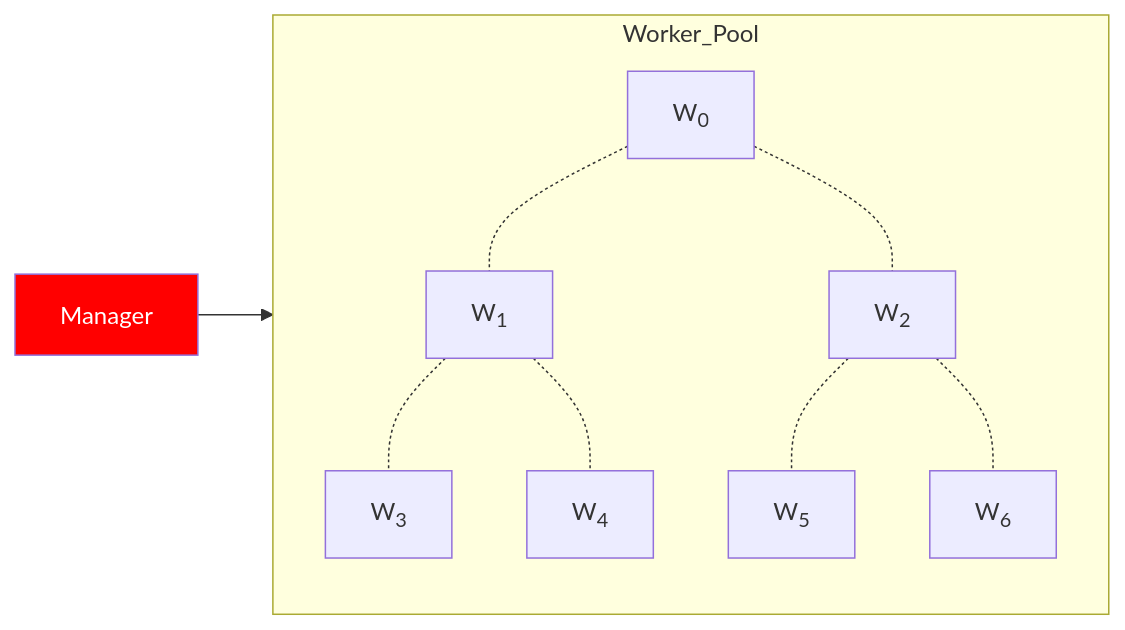
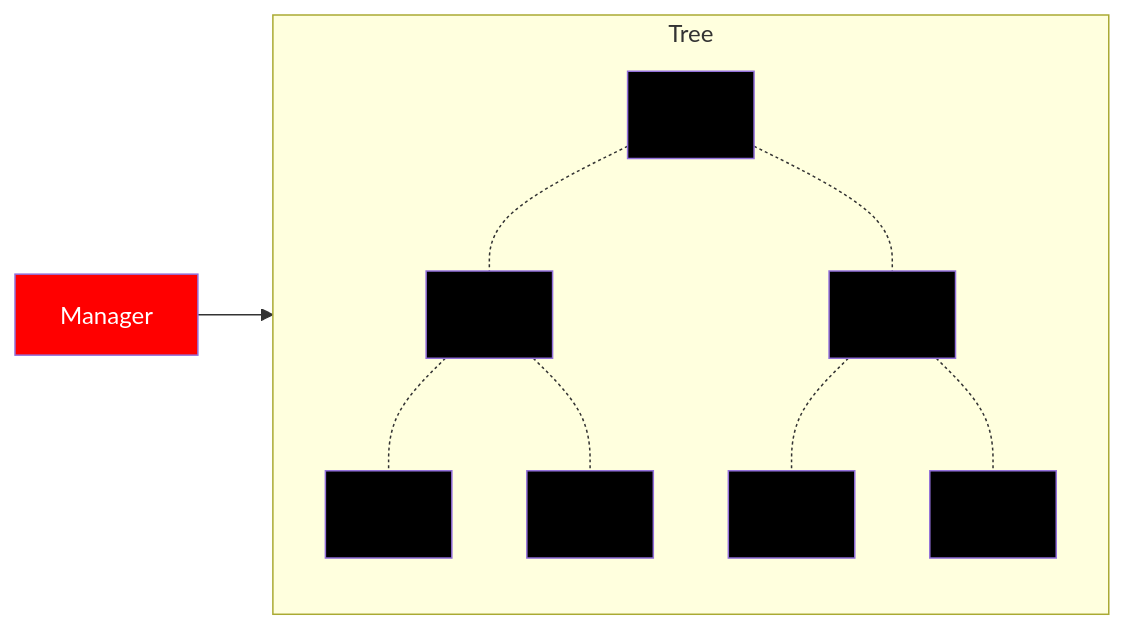
Before and after one commit to duclos-cavalcanti/TreeBuilder: the fourth of 4 diagrams in docs/slidev/slides/Workflow-0.0.md, drawn with Mermaid. The commit also changed other lines of this file and 11 other files, not shown here.

````diff
--- a/docs/slidev/slides/Workflow-0.0.md
+++ b/docs/slidev/slides/Workflow-0.0.md
@@ -137,26 +121,33 @@
 ```mermaid
 graph LR 
     M[<font color=white>Manager]
     style M fill:#FF0000
-    subgraph Worker_Pool
+    subgraph Tree
         direction TB
-        W0["W<sub>0</sub>"] 
-        W1["W<sub>1</sub>"]
-        W2["W<sub>2</sub>"]
-        W3["W<sub>3</sub>"]
-        W4["W<sub>4</sub>"]
-        W5["W<sub>5</sub>"]
-        W6["W<sub>6</sub>"]
+        W0["<font color=black>W<sub>0</sub>"]
+        W1["<font color=black>W<sub>1</sub>"]
+        W2["<font color=black>W<sub>2</sub>"]
+        W3["<font color=black>W<sub>3</sub>"]
+        W4["<font color=black>W<sub>4</sub>"]
+        W5["<font color=black>W<sub>5</sub>"]
+        W6["<font color=black>W<sub>6</sub>"]
 
         W0 -.- W1
         W0 -.- W2
 
         W1 -.- W3
         W1 -.- W4
 
         W2 -.- W5
         W2 -.- W6
 
+        style W0 fill:#000000
+        style W1 fill:#000000
+        style W2 fill:#000000
+        style W3 fill:#000000
+        style W4 fill:#000000
+        style W5 fill:#000000
+        style W6 fill:#000000
     end
-    M --> Worker_Pool
+    M --> Tree
 ```
````
